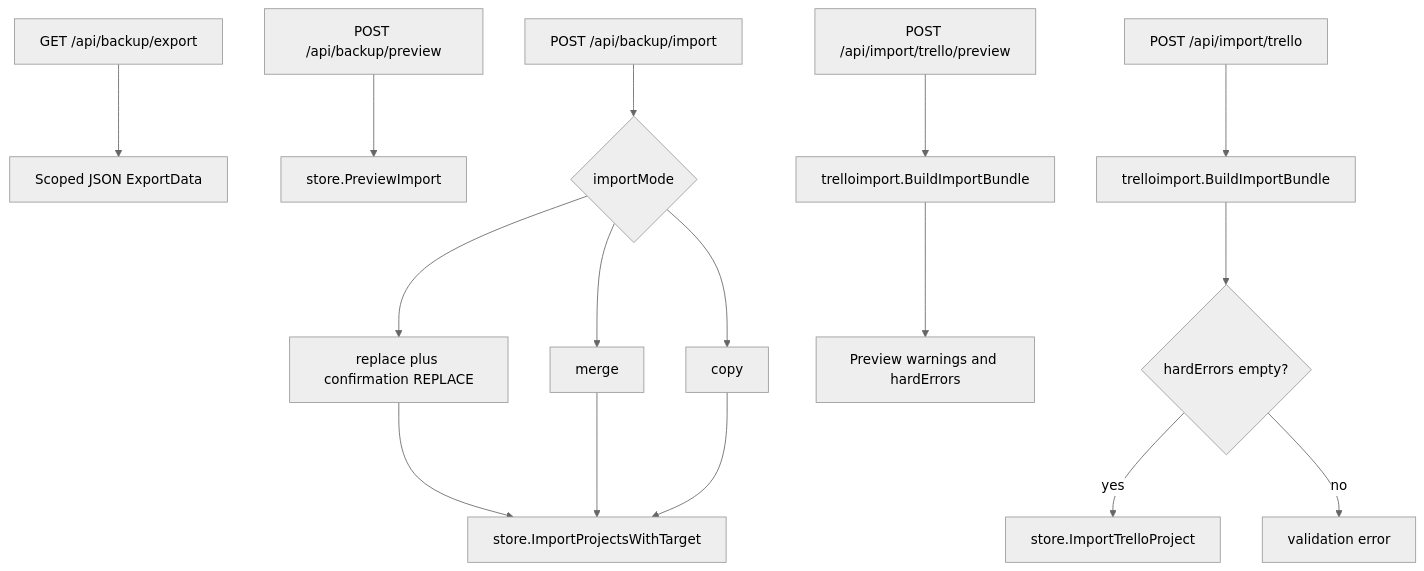
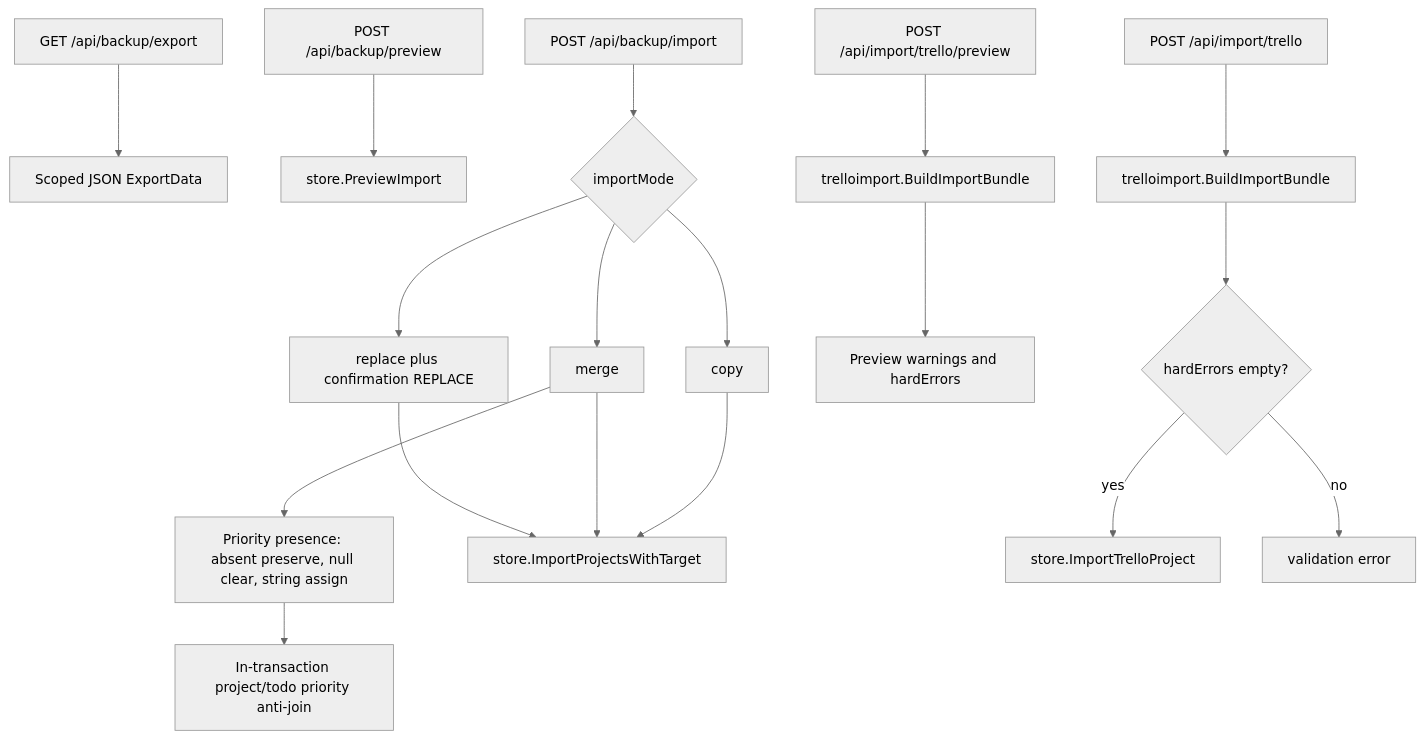
The first of 2 diagrams in docs/diagrams/scrumboy_backup_import.md (1269/scrumboy), drawn with Mermaid (neutral theme) before and after one commit. The commit also changed other lines of this file and 134 other files, not shown here.

````diff
--- a/docs/diagrams/scrumboy_backup_import.md
+++ b/docs/diagrams/scrumboy_backup_import.md
@@ -5,25 +5,27 @@
 ```mermaid
 flowchart TB
   Export["GET /api/backup/export"]
   PreviewN["POST /api/backup/preview"]
   ImportN["POST /api/backup/import"]
   PreviewT["POST /api/import/trello/preview"]
   ImportT["POST /api/import/trello"]
 
   Export --> JSON[Scoped JSON ExportData]
   PreviewN --> PrevStore["store.PreviewImport"]
   ImportN --> Mode{importMode}
   Mode --> Replace[replace plus confirmation REPLACE]
   Mode --> Merge[merge]
   Mode --> Copy[copy]
+  Merge --> Presence["Priority presence: absent preserve, null clear, string assign"]
+  Presence --> Invariant["In-transaction project/todo priority anti-join"]
   Replace --> Native["store.ImportProjectsWithTarget"]
   Merge --> Native
   Copy --> Native
 
   PreviewT --> Bundle["trelloimport.BuildImportBundle"]
   Bundle --> TPrev[Preview warnings and hardErrors]
   ImportT --> Bundle2["trelloimport.BuildImportBundle"]
   Bundle2 --> Gate{hardErrors empty?}
   Gate -->|yes| TrelloStore["store.ImportTrelloProject"]
   Gate -->|no| Reject[validation error]
 ```
````
